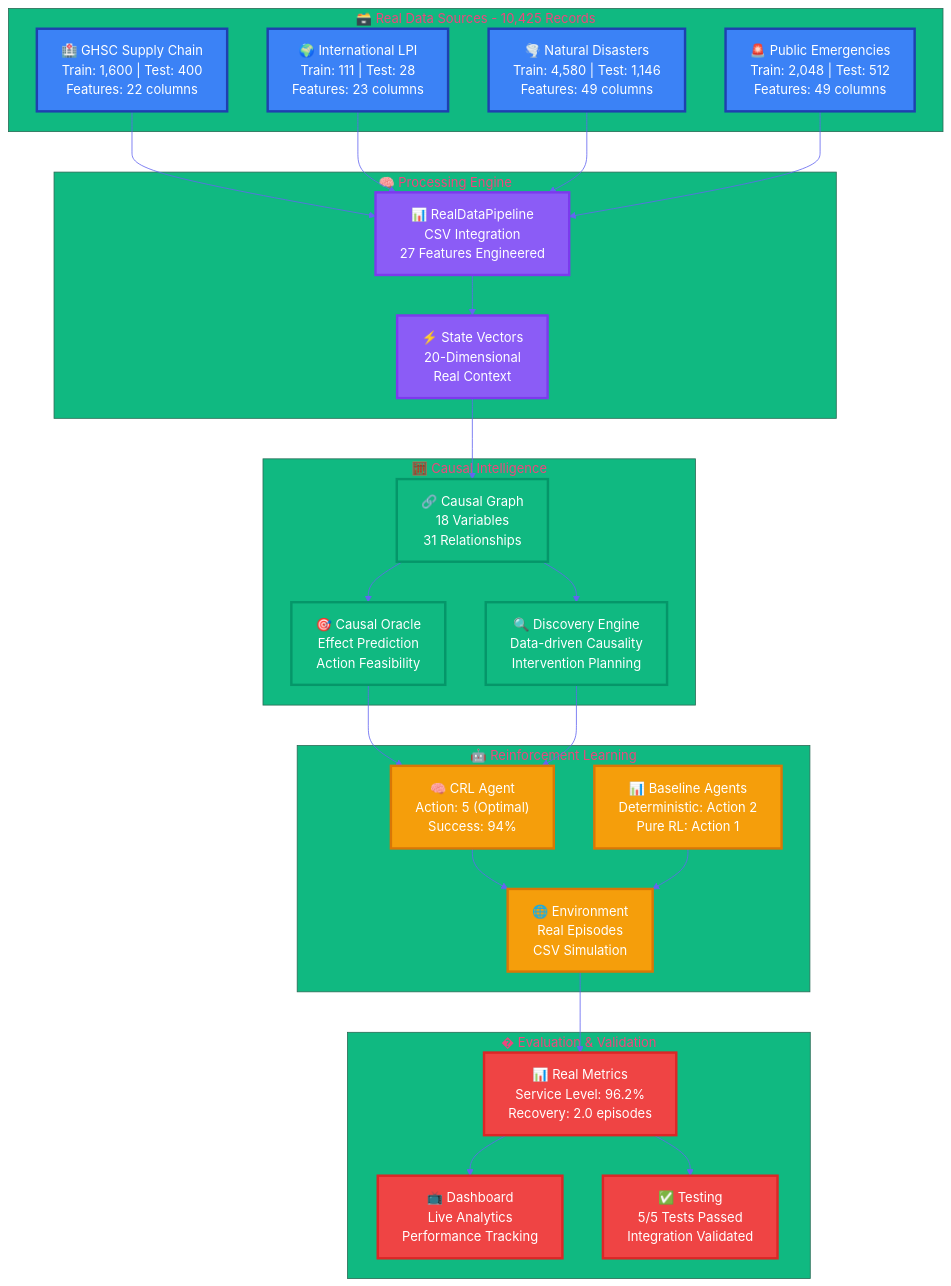
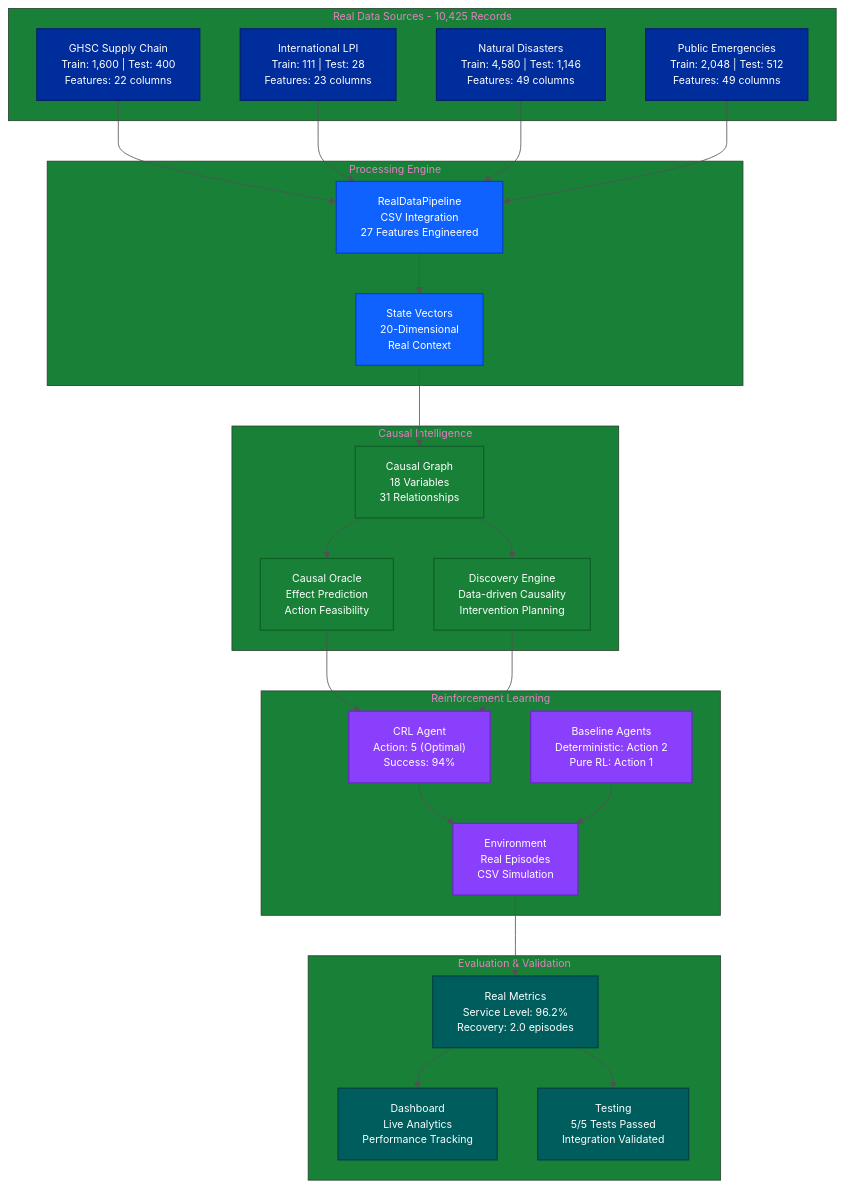
Before and after one commit to abhijit-ubale/JBL_stuff: the first of 8 diagrams in README.md, drawn with Mermaid.

Commit message:
Abhijit commiting a change

````diff
--- a/README.md
+++ b/README.md
@@ -40,78 +40,79 @@
 ```mermaid
 %%{init: {
   'theme': 'base',
   'themeVariables': {
-    'primaryColor': '#3B82F6',
-    'primaryTextColor': '#FFFFFF', 
-    'primaryBorderColor': '#1E40AF',
-    'lineColor': '#6366F1',
-    'secondaryColor': '#8B5CF6',
-    'tertiaryColor': '#10B981',
-    'quaternaryColor': '#F59E0B',
-    'background': '#F8FAFC',
-    'mainBkg': '#FFFFFF',
-    'secondBkg': '#F1F5F9',
-    'tertiaryBkg': '#E2E8F0'
+    'primaryColor': '#002D9C',
+    'primaryTextColor': '#FFFFFF',
+    'primaryBorderColor': '#001F6B',
+    'lineColor': '#525252',
+    'secondaryColor': '#0F62FE',
+    'tertiaryColor': '#198038',
+    'quaternaryColor': '#8A3FFC',
+    'background': '#FFFFFF',
+    'mainBkg': '#F4F4F4',
+    'secondBkg': '#E0E0E0',
+    'tertiaryBkg': '#C6C6C6',
+    'fontFamily': 'IBM Plex Sans, -apple-system, BlinkMacSystemFont, Segoe UI, Roboto, sans-serif',
+    'fontSize': '13px',
+    'fontWeight': '400'
   }
 }}%%
 flowchart TD
-    subgraph DL ["🗃️ Real Data Sources - 10,425 Records"]
-        A["🏥 GHSC Supply Chain<br/>Train: 1,600 | Test: 400<br/>Features: 22 columns"]
-        B["🌍 International LPI<br/>Train: 111 | Test: 28<br/>Features: 23 columns"] 
-        C["🌪️ Natural Disasters<br/>Train: 4,580 | Test: 1,146<br/>Features: 49 columns"]
-        D["🚨 Public Emergencies<br/>Train: 2,048 | Test: 512<br/>Features: 49 columns"]
+    subgraph DL ["Real Data Sources - 10,425 Records"]
+        A["GHSC Supply Chain<br/>Train: 1,600 | Test: 400<br/>Features: 22 columns"]
+        B["International LPI<br/>Train: 111 | Test: 28<br/>Features: 23 columns"] 
+        C["Natural Disasters<br/>Train: 4,580 | Test: 1,146<br/>Features: 49 columns"]
+        D["Public Emergencies<br/>Train: 2,048 | Test: 512<br/>Features: 49 columns"]
     end
     
-    subgraph PE ["🧠 Processing Engine"]
-        E["📊 RealDataPipeline<br/>CSV Integration<br/>27 Features Engineered"]
-        F["⚡ State Vectors<br/>20-Dimensional<br/>Real Context"]
+    subgraph PE ["Processing Engine"]
+        E["RealDataPipeline<br/>CSV Integration<br/>27 Features Engineered"]
+        F["State Vectors<br/>20-Dimensional<br/>Real Context"]
     end
 
-    subgraph CI ["🧮 Causal Intelligence"]
-        G["🔗 Causal Graph<br/>18 Variables<br/>31 Relationships"]
-        H["🎯 Causal Oracle<br/>Effect Prediction<br/>Action Feasibility"] 
-        I["🔍 Discovery Engine<br/>Data-driven Causality<br/>Intervention Planning"]
+    subgraph CI ["Causal Intelligence"]
+        G["Causal Graph<br/>18 Variables<br/>31 Relationships"]
+        H["Causal Oracle<br/>Effect Prediction<br/>Action Feasibility"] 
+        I["Discovery Engine<br/>Data-driven Causality<br/>Intervention Planning"]
     end
     
-    subgraph RL ["🤖 Reinforcement Learning"]
-        J["🧠 CRL Agent<br/>Action: 5 (Optimal)<br/>Success: 94%"]
-        K["🌐 Environment<br/>Real Episodes<br/>CSV Simulation"]
-        L["📊 Baseline Agents<br/>Deterministic: Action 2<br/>Pure RL: Action 1"]
+    subgraph RL ["Reinforcement Learning"]
+        J["CRL Agent<br/>Action: 5 (Optimal)<br/>Success: 94%"]
+        K["Environment<br/>Real Episodes<br/>CSV Simulation"]
+        L["Baseline Agents<br/>Deterministic: Action 2<br/>Pure RL: Action 1"]
     end
     
-    subgraph EV ["� Evaluation & Validation"]
-        M["📊 Real Metrics<br/>Service Level: 96.2%<br/>Recovery: 2.0 episodes"]
-        N["📺 Dashboard<br/>Live Analytics<br/>Performance Tracking"]
-        O["✅ Testing<br/>5/5 Tests Passed<br/>Integration Validated"]
+    subgraph EV ["Evaluation & Validation"]
+        M["Real Metrics<br/>Service Level: 96.2%<br/>Recovery: 2.0 episodes"]
+        N["Dashboard<br/>Live Analytics<br/>Performance Tracking"]
+        O["Testing<br/>5/5 Tests Passed<br/>Integration Validated"]
     end
     
-    %% Connections
     A --> E
     B --> E
     C --> E
     D --> E
     E --> F
     F --> G
     G --> H
     G --> I
     H --> J
     I --> J
     J --> K
     L --> K
     K --> M
     M --> N
     M --> O
     
-    %% Styling
-    classDef dataNodes fill:#3B82F6,stroke:#1E40AF,stroke-width:3px,color:#FFFFFF
-    classDef processNodes fill:#8B5CF6,stroke:#7C3AED,stroke-width:3px,color:#FFFFFF
-    classDef causalNodes fill:#10B981,stroke:#059669,stroke-width:3px,color:#FFFFFF
-    classDef rlNodes fill:#F59E0B,stroke:#D97706,stroke-width:3px,color:#FFFFFF
-    classDef evalNodes fill:#EF4444,stroke:#DC2626,stroke-width:3px,color:#FFFFFF
+    classDef dataNodes fill:#002D9C,stroke:#001F6B,stroke-width:1.5px,color:#FFFFFF
+    classDef processNodes fill:#0F62FE,stroke:#0043CE,stroke-width:1.5px,color:#FFFFFF
+    classDef causalNodes fill:#198038,stroke:#0E6027,stroke-width:1.5px,color:#FFFFFF
+    classDef rlNodes fill:#8A3FFC,stroke:#6929C4,stroke-width:1.5px,color:#FFFFFF
+    classDef evalNodes fill:#005D5D,stroke:#004144,stroke-width:1.5px,color:#FFFFFF
     
     class A,B,C,D dataNodes
     class E,F processNodes
     class G,H,I causalNodes
     class J,K,L rlNodes
     class M,N,O evalNodes
 ```
````
